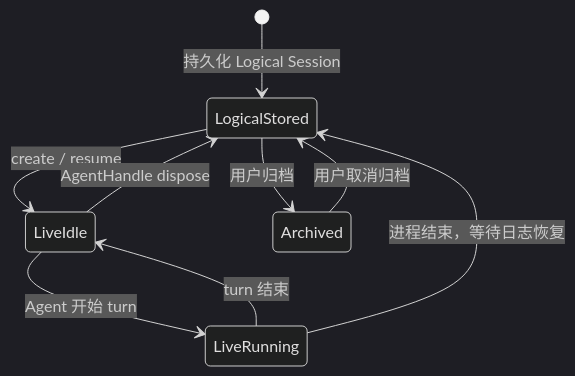
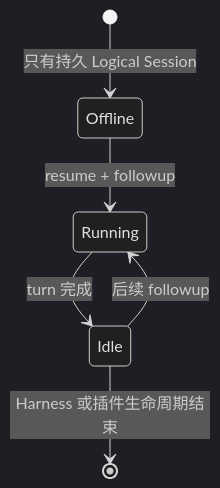
The second of 2 diagrams in docs/architecture-v2.md (GengDaPeng/dsh-agent-message), drawn with Mermaid (dark theme) before and after one commit. The commit also changed other lines of this file and 10 other files, not shown here.

````diff
--- a/docs/architecture-v2.md
+++ b/docs/architecture-v2.md
@@ -241,11 +225,8 @@
 ```mermaid
 stateDiagram-v2
-  [*] --> LogicalStored: 持久化 Logical Session
-  LogicalStored --> LiveIdle: create / resume
-  LiveIdle --> LiveRunning: Agent 开始 turn
-  LiveRunning --> LiveIdle: turn 结束
-  LiveIdle --> LogicalStored: AgentHandle dispose
-  LiveRunning --> LogicalStored: 进程结束，等待日志恢复
-  LogicalStored --> Archived: 用户归档
-  Archived --> LogicalStored: 用户取消归档
+  [*] --> Offline: 只有持久 Logical Session
+  Offline --> Running: resume + followup
+  Running --> Idle: turn 完成
+  Idle --> Running: 后续 followup
+  Idle --> [*]: Harness 或插件生命周期结束
 ```
````
